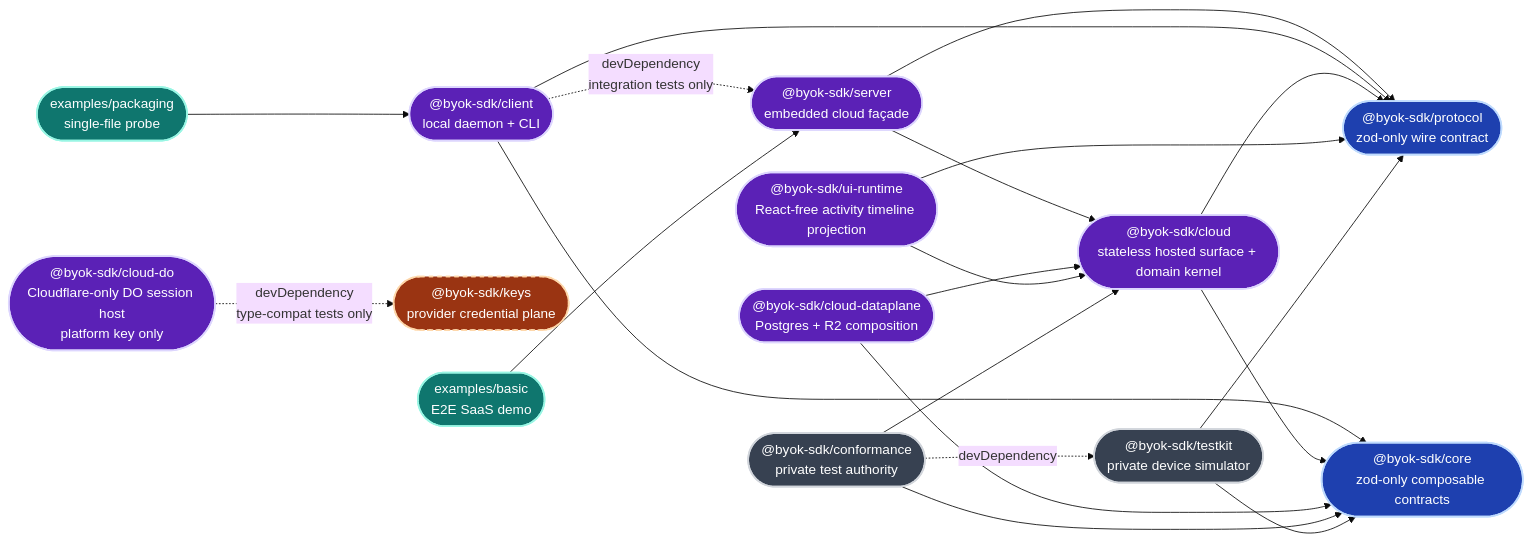
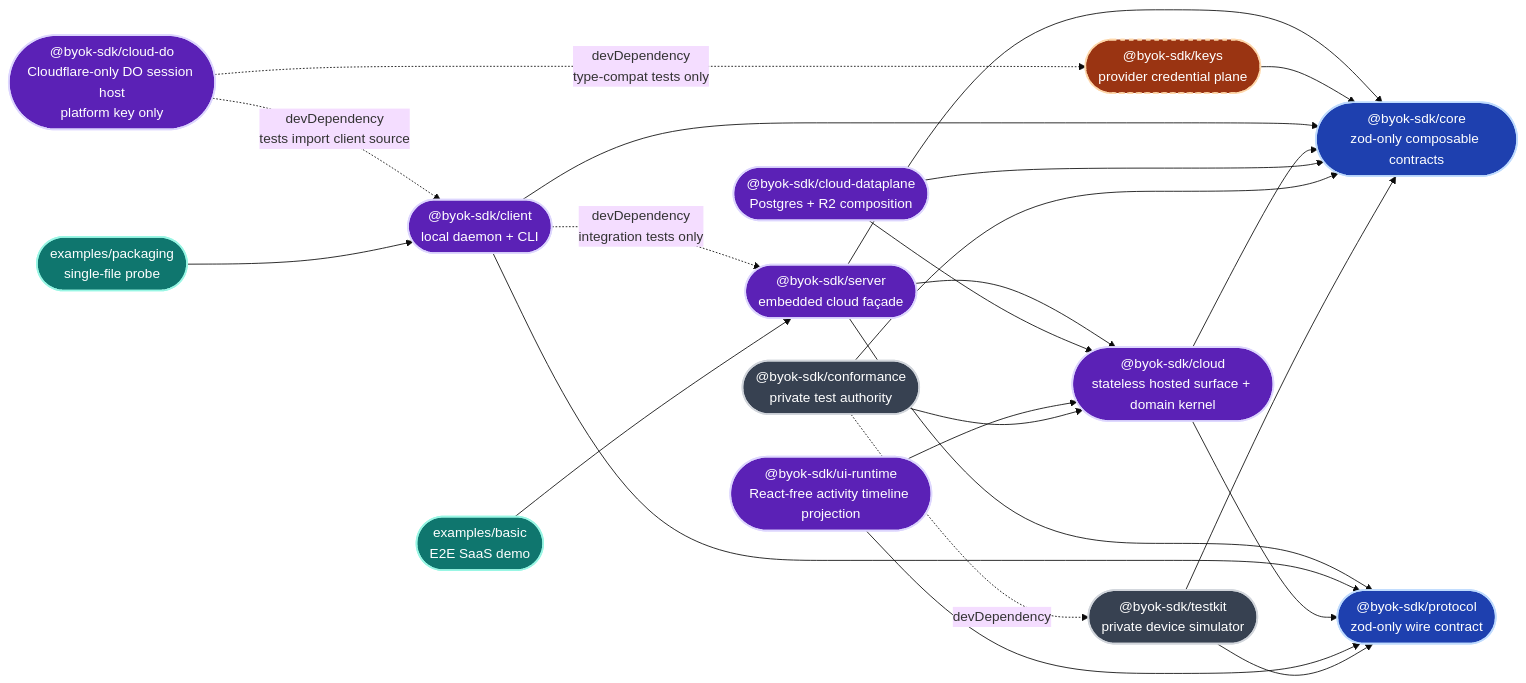
One commit to Ancienttwo/byok-sdk changed the second of 22 diagrams in docs/architecture/sdk-architecture.md. Above: the diagram before and after it, drawn with Mermaid (base theme). The commit also changed other lines of this file and 10 other files, not shown here.

First line of the commit message:
docs(architecture): align sdk-architecture.md with the source, and retire three no-op scripts (#927, #925 phase 0)

````diff
--- a/docs/architecture/sdk-architecture.md
+++ b/docs/architecture/sdk-architecture.md
@@ -113,44 +113,47 @@
 ```mermaid
 flowchart LR
   classDef contract fill:#1e40af,stroke:#bfdbfe,stroke-width:2px,color:#fff
   classDef runtime fill:#5b21b6,stroke:#ddd6fe,stroke-width:2px,color:#fff
   classDef key fill:#9a3412,stroke:#fed7aa,stroke-width:2px,color:#fff
   classDef example fill:#0f766e,stroke:#99f6e4,stroke-width:2px,color:#fff
   classDef dev fill:#374151,stroke:#d1d5db,stroke-width:2px,color:#fff
 
   Protocol(["@byok-sdk/protocol<br/>zod-only wire contract"]):::contract
   Server(["@byok-sdk/server<br/>embedded cloud façade"]):::runtime
   Client(["@byok-sdk/client<br/>local daemon + CLI"]):::runtime
   Keys(["@byok-sdk/keys<br/>provider credential plane"]):::key
   Core(["@byok-sdk/core<br/>zod-only composable contracts"]):::contract
   Cloud(["@byok-sdk/cloud<br/>stateless hosted surface + domain kernel"]):::runtime
   CloudPg(["@byok-sdk/cloud-dataplane<br/>Postgres + R2 composition"]):::runtime
   CloudDo(["@byok-sdk/cloud-do<br/>Cloudflare-only DO session host<br/>platform key only"]):::runtime
   UiRuntime(["@byok-sdk/ui-runtime<br/>React-free activity timeline projection"]):::runtime
   Conformance(["@byok-sdk/conformance<br/>private test authority"]):::dev
   Testkit(["@byok-sdk/testkit<br/>private device simulator"]):::dev
   Basic(["examples/basic<br/>E2E SaaS demo"]):::example
   Packaging(["examples/packaging<br/>single-file probe"]):::example
 
   Server --> Protocol
   Server --> Cloud
+  Server --> Core
+  Keys --> Core
   Client --> Protocol
   Client --> Core
   Cloud --> Core
   Cloud --> Protocol
   CloudPg --> Cloud
   CloudPg --> Core
   UiRuntime --> Cloud
   UiRuntime --> Protocol
   Conformance --> Cloud
   Conformance --> Core
   Conformance -.->|"devDependency"| Testkit
   Testkit --> Core
   Testkit --> Protocol
   Client -.->|"devDependency<br/>integration tests only"| Server
   CloudDo -.->|"devDependency<br/>type-compat tests only"| Keys
+  CloudDo -.->|"devDependency<br/>tests import client source"| Client
   Basic --> Server
   Packaging --> Client
 
   style Keys stroke-dasharray:5 5
 ```
````
